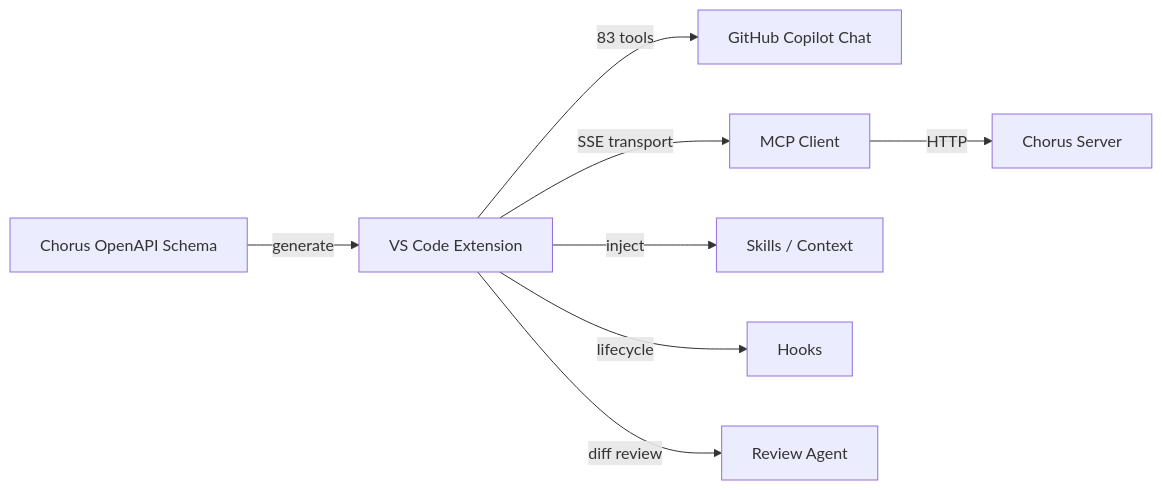
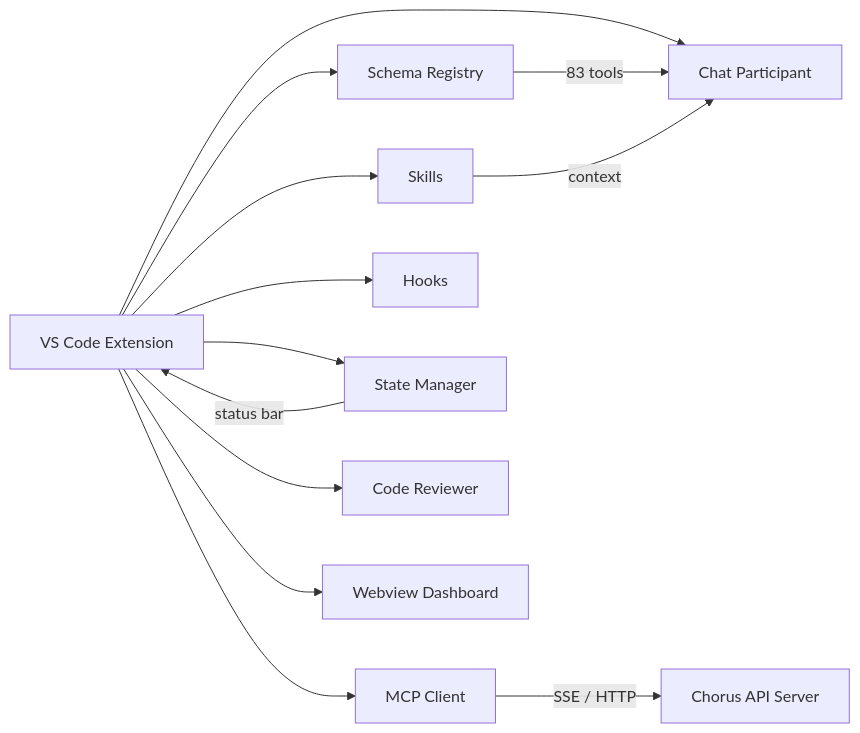
The diagram in README.md (turbo998/Chorus-GitHub-Copilot), drawn with Mermaid before and after one commit. The commit also changed other lines of this file and 15 other files, not shown here.

````diff
--- a/README.md
+++ b/README.md
@@ -40,10 +55,16 @@
 ```mermaid
 graph LR
-  A[Chorus OpenAPI Schema] -->|generate| B[VS Code Extension]
-  B -->|83 tools| C[GitHub Copilot Chat]
-  B -->|SSE transport| D[MCP Client]
-  D -->|HTTP| E[Chorus Server]
-  B -->|inject| F[Skills / Context]
-  B -->|lifecycle| G[Hooks]
-  B -->|diff review| H[Review Agent]
+  EXT[VS Code Extension]
+  EXT --> SR[Schema Registry]
+  EXT --> MCP[MCP Client]
+  EXT --> SK[Skills]
+  EXT --> HK[Hooks]
+  EXT --> ST[State Manager]
+  EXT --> CH[Chat Participant]
+  EXT --> RV[Code Reviewer]
+  EXT --> WV[Webview Dashboard]
+  MCP -->|SSE / HTTP| API[Chorus API Server]
+  SR -->|83 tools| CH
+  SK -->|context| CH
+  ST -->|status bar| EXT
 ```
````
